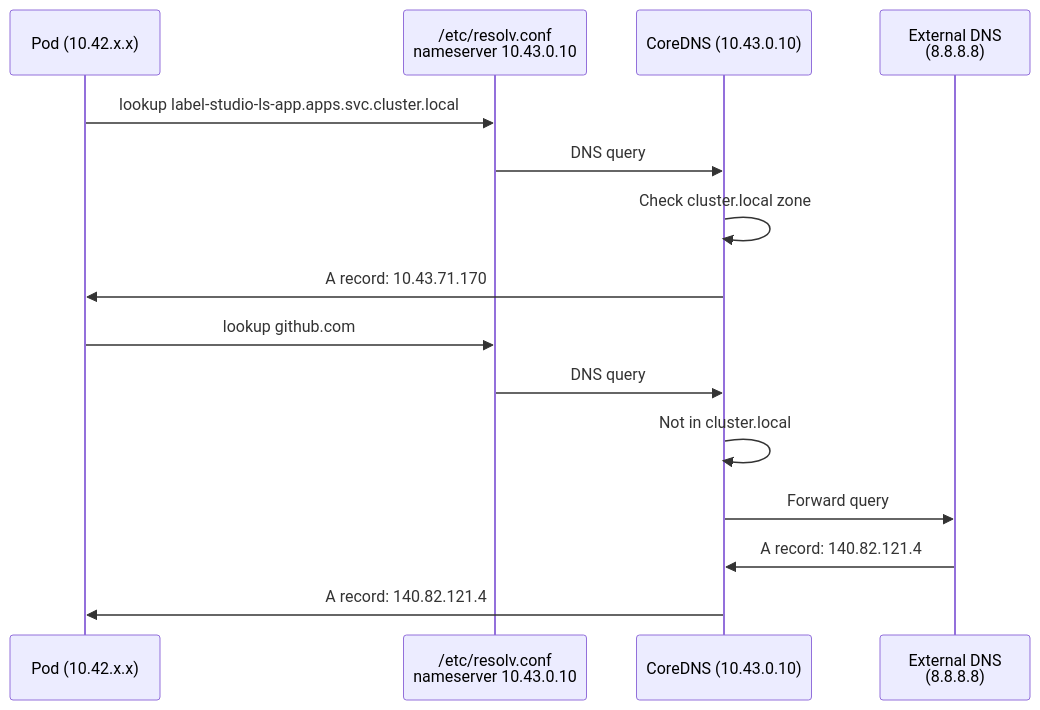
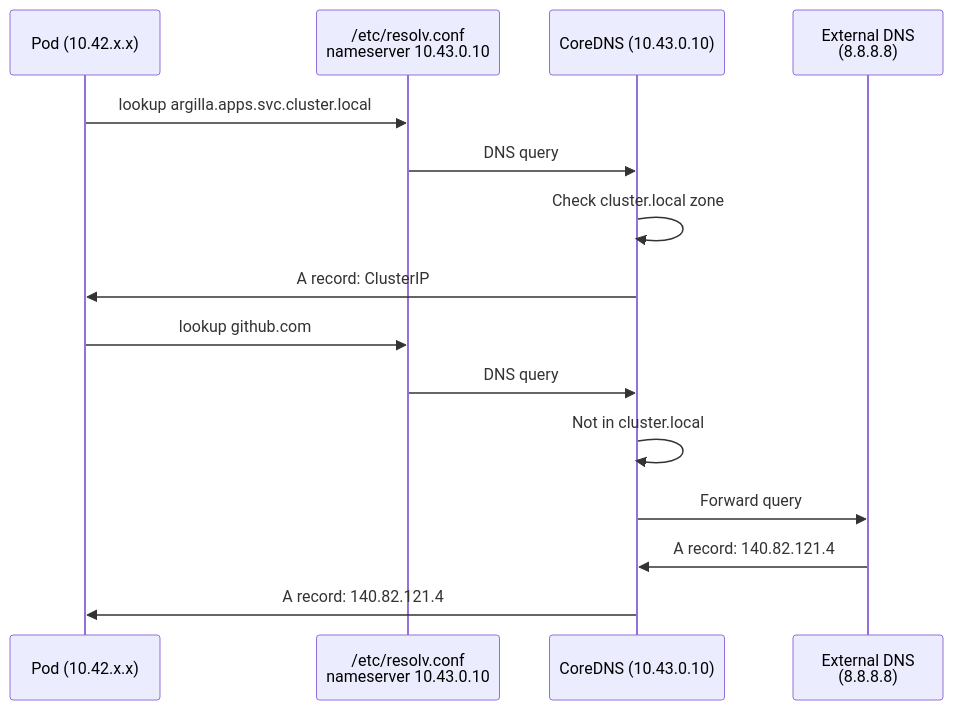
Before and after one commit to goldfish-inc/deepseek-ocr-vllm: diagram 13 of 16 in docs/architecture/NETWORK_ARCHITECTURE.md, drawn with Mermaid. The commit also changed other lines of this file and 2 other files, not shown here.

First line of the commit message:
docs(architecture): update for Argilla migration and vessel-ner Workers

````diff
--- a/docs/architecture/NETWORK_ARCHITECTURE.md
+++ b/docs/architecture/NETWORK_ARCHITECTURE.md
@@ -706,19 +716,19 @@
 ```mermaid
 sequenceDiagram
     participant Pod as Pod (10.42.x.x)
     participant Resolver as /etc/resolv.conf<br/>nameserver 10.43.0.10
     participant CoreDNS as CoreDNS (10.43.0.10)
     participant External as External DNS<br/>(8.8.8.8)
 
-    Pod->>Resolver: lookup label-studio-ls-app.apps.svc.cluster.local
+    Pod->>Resolver: lookup argilla.apps.svc.cluster.local
     Resolver->>CoreDNS: DNS query
     CoreDNS->>CoreDNS: Check cluster.local zone
-    CoreDNS->>Pod: A record: 10.43.71.170
+    CoreDNS->>Pod: A record: ClusterIP
 
     Pod->>Resolver: lookup github.com
     Resolver->>CoreDNS: DNS query
     CoreDNS->>CoreDNS: Not in cluster.local
     CoreDNS->>External: Forward query
     External->>CoreDNS: A record: 140.82.121.4
     CoreDNS->>Pod: A record: 140.82.121.4
 ```
````
